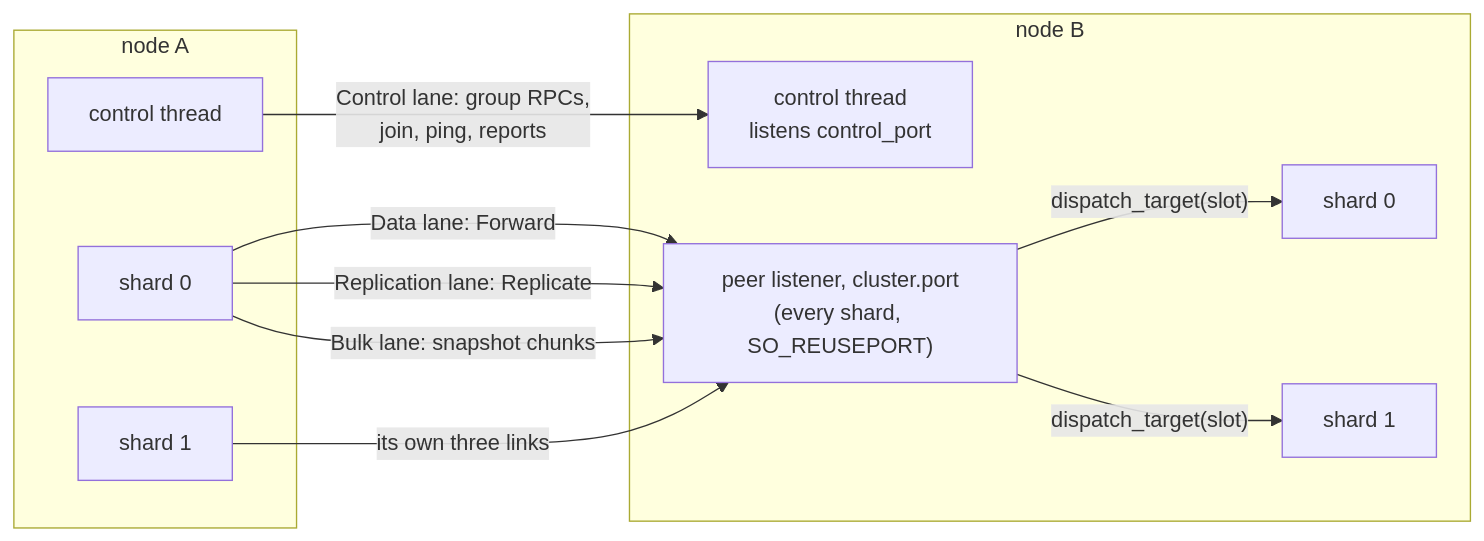
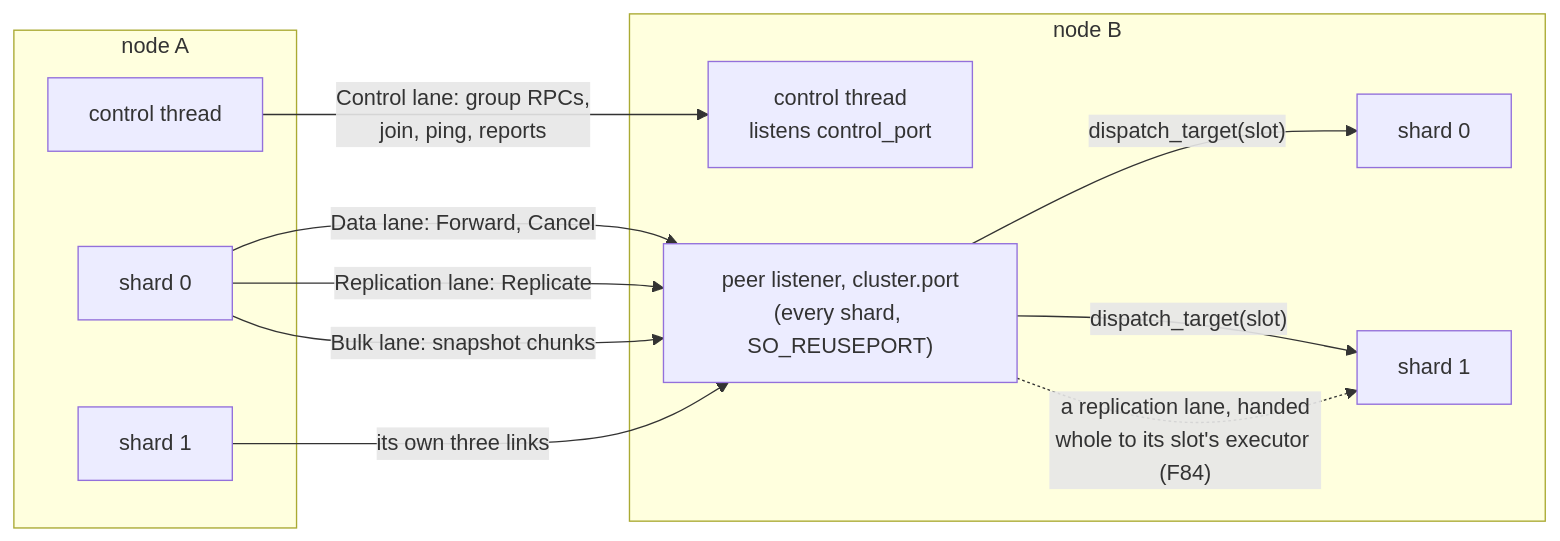
Before and after one commit to mjcarson/shoal: the first of 2 diagrams in docs/src/distributed/transport.md, drawn with Mermaid. The commit also changed other lines of this file and 3013 other files, not shown here.

````diff
--- a/docs/src/distributed/transport.md
+++ b/docs/src/distributed/transport.md
@@ -26,21 +26,22 @@
 ```mermaid
 flowchart LR
     subgraph a["node A"]
         ac["control thread"]
         as0["shard 0"]
         as1["shard 1"]
     end
     subgraph b["node B"]
         bc["control thread<br/>listens control_port"]
         bl["peer listener, cluster.port<br/>(every shard, SO_REUSEPORT)"]
         bs0["shard 0"]
         bs1["shard 1"]
     end
     ac -- "Control lane: group RPCs,<br/>join, ping, reports" --> bc
-    as0 -- "Data lane: Forward" --> bl
+    as0 -- "Data lane: Forward, Cancel" --> bl
     as0 -- "Replication lane: Replicate" --> bl
     as0 -- "Bulk lane: snapshot chunks" --> bl
     as1 -- "its own three links" --> bl
     bl -- "dispatch_target(slot)" --> bs0
     bl -- "dispatch_target(slot)" --> bs1
+    bl -.->|"a replication lane, handed<br/>whole to its slot's executor (F84)"| bs1
 ```
````
